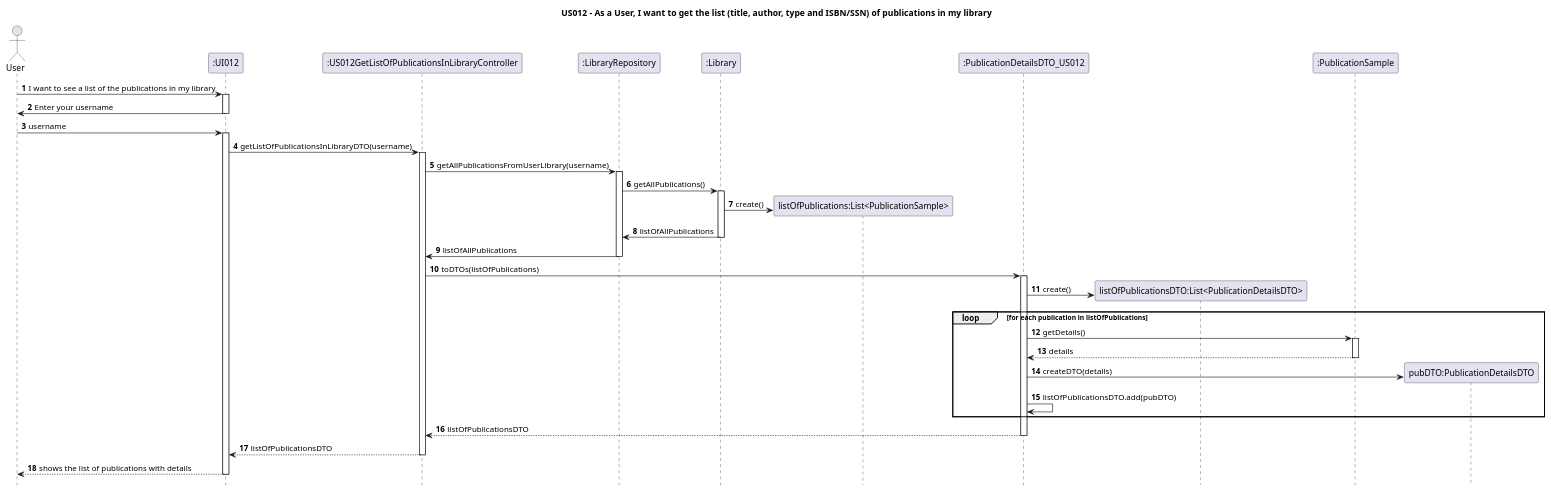
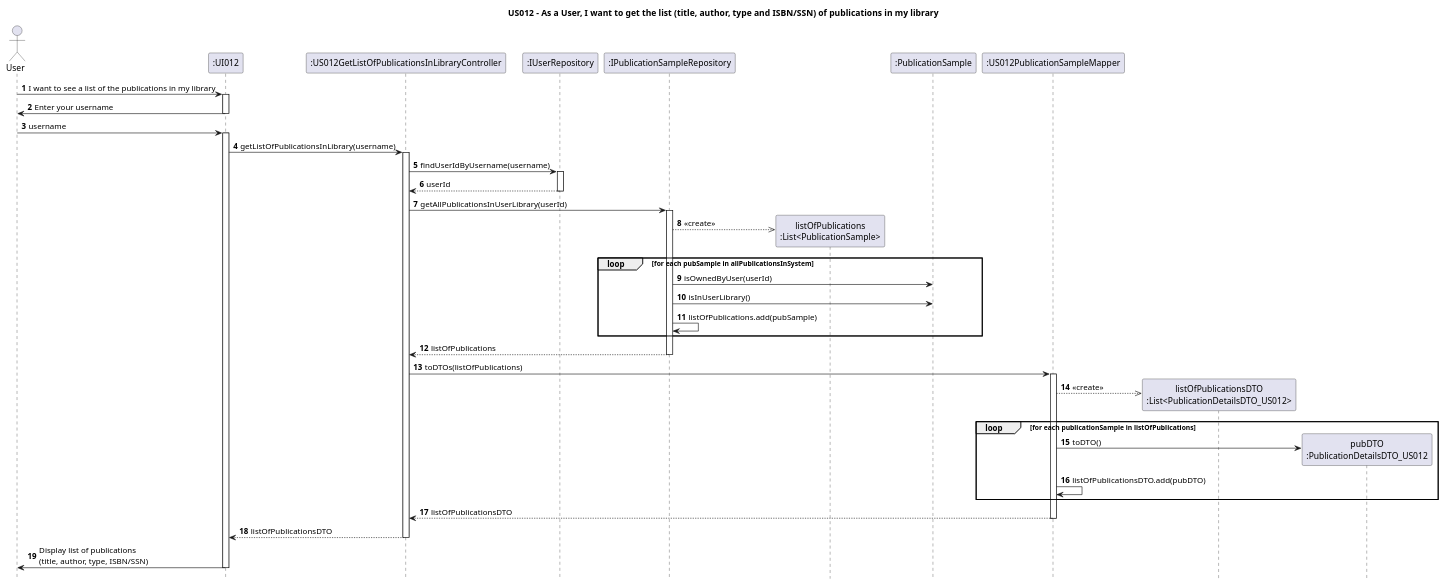
Before and after one commit to AndrePereiraGitH/SWitCH-Project-Team_A: the diagram in Diagrams/SequenceDiagrams/N2/US012-to-get-list-of-publications-in-my-library.puml, drawn with PlantUML. The commit also changed other lines of this file and 1 other file, not shown here.

```diff
--- a/Diagrams/SequenceDiagrams/N2/US012-to-get-list-of-publications-in-my-library.puml
+++ b/Diagrams/SequenceDiagrams/N2/US012-to-get-list-of-publications-in-my-library.puml
@@ -1,90 +2,66 @@
 @startuml
 autonumber
 hide footbox
 title US012 - As a User, I want to get the list (title, author, type and ISBN/SSN) of publications in my library
 
-
 actor User
 participant ":UI012" as UI
-
-
-
 participant ":US012GetListOfPublicationsInLibraryController" as Ctrl
 
-participant ":LibraryRepository" as libraryRepo
-
-
-participant ":Library" as LibDomain
-
-participant "listOfPublications:List<PublicationSample>" as ListPubs
-
-participant ":PublicationDetailsDTO_US012" as DTO
-
-participant "listOfPublicationsDTO:List<PublicationDetailsDTO>" as ListDTO
-
-participant ":PublicationSample" as PubDomain
-
-participant "pubDTO:PublicationDetailsDTO" as pubDTO
-
-
-
-
-
-
+participant ":IUserRepository" as userRepo
+participant ":IPublicationSampleRepository" as pubSampleRepo
+participant "listOfPublications\n:List<PublicationSample>" as ListPubs
+participant ":PublicationSample" as pubSample
+participant ":US012PublicationSampleMapper" as Mapper
+participant "listOfPublicationsDTO\n:List<PublicationDetailsDTO_US012>" as ListDTO
+participant "pubDTO\n:PublicationDetailsDTO_US012" as pubDTO
 
 User -> UI : I want to see a list of the publications in my library
 activate UI
 UI -> User : Enter your username
 deactivate UI
-User -> UI: username
+User -> UI : username
 
 activate UI
+UI -> Ctrl : getListOfPublicationsInLibrary(username)
+activate Ctrl
 
-UI -> Ctrl: getListOfPublicationsInLibraryDTO(username)
-activate Ctrl
-Ctrl -> libraryRepo: getAllPublicationsFromUserLibrary(username)
+Ctrl -> userRepo : findUserIdByUsername(username)
+activate userRepo
+userRepo --> Ctrl : userId
+deactivate userRepo
 
-activate libraryRepo
+Ctrl -> pubSampleRepo : getAllPublicationsInUserLibrary(userId)
+activate pubSampleRepo
 
-libraryRepo -> LibDomain : getAllPublications()
+pubSampleRepo -->> ListPubs ** : <<create>>
 
-activate LibDomain
+loop for each pubSample in allPublicationsInSystem
+    pubSampleRepo -> pubSample : isOwnedByUser(userId)
+    pubSampleRepo -> pubSample : isInUserLibrary()
+    pubSampleRepo -> pubSampleRepo : listOfPublications.add(pubSample)
+end
 
-LibDomain -> ListPubs **: create()
+pubSampleRepo --> Ctrl : listOfPublications
+deactivate pubSampleRepo
 
-LibDomain -> libraryRepo : listOfAllPublications
+Ctrl -> Mapper : toDTOs(listOfPublications)
+activate Mapper
 
-deactivate LibDomain
+Mapper -->> ListDTO ** : <<create>>
 
+loop for each publicationSample in listOfPublications
+    Mapper -> pubDTO ** : toDTO()
+    Mapper -> Mapper : listOfPublicationsDTO.add(pubDTO)
+end
 
-libraryRepo -> Ctrl: listOfAllPublications
+Mapper --> Ctrl : listOfPublicationsDTO
+deactivate Mapper
 
-deactivate libraryRepo
-
-
-Ctrl -> DTO: toDTOs(listOfPublications)
-
-activate DTO
-DTO -> ListDTO **: create()
-
-
-    loop for each publication in listOfPublications
-        DTO -> PubDomain: getDetails()
-        activate PubDomain
-        PubDomain --> DTO: details
-        deactivate PubDomain
-
-        DTO -> pubDTO** : createDTO(details)
-
-        DTO -> DTO: listOfPublicationsDTO.add(pubDTO)
-    end
-
-DTO --> Ctrl: listOfPublicationsDTO
-deactivate DTO
-
-Ctrl --> UI: listOfPublicationsDTO
+Ctrl --> UI : listOfPublicationsDTO
 deactivate Ctrl
 
-UI --> User : shows the list of publications with details
+UI -> User : Display list of publications\n(title, author, type, ISBN/SSN)
 deactivate UI
+
 @enduml
```
